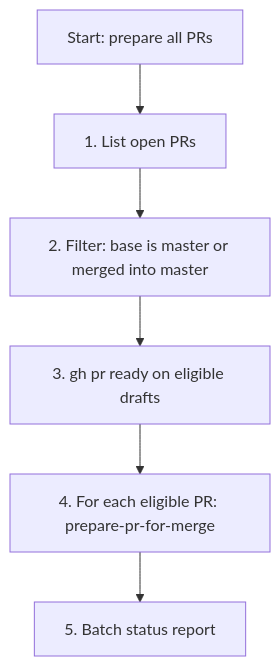
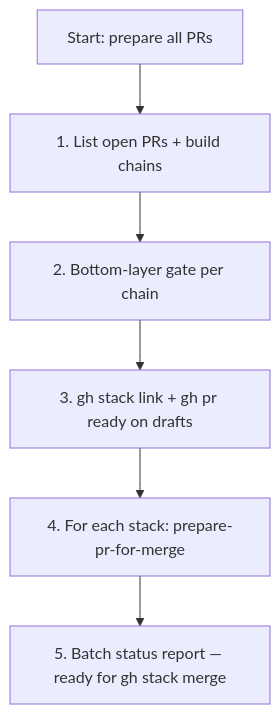
The diagram in .cursor/skills/prepare-all-prs-for-merge/SKILL.md (toadslop/rtl88x2bu-linux-driver), drawn with Mermaid before and after one commit. The commit also changed other lines of this file and 6 other files, not shown here.

````diff
--- a/.cursor/skills/prepare-all-prs-for-merge/SKILL.md
+++ b/.cursor/skills/prepare-all-prs-for-merge/SKILL.md
@@ -45,8 +46,8 @@
 ```mermaid
 flowchart TD
-  A[Start: prepare all PRs] --> B[1. List open PRs]
-  B --> C[2. Filter: base is master or merged into master]
-  C --> D[3. gh pr ready on eligible drafts]
-  D --> E[4. For each eligible PR: prepare-pr-for-merge]
-  E --> F[5. Batch status report]
+  A[Start: prepare all PRs] --> B[1. List open PRs + build chains]
+  B --> C[2. Bottom-layer gate per chain]
+  C --> D[3. gh stack link + gh pr ready on drafts]
+  D --> E[4. For each stack: prepare-pr-for-merge]
+  E --> F[5. Batch status report — ready for gh stack merge]
 ```
````
